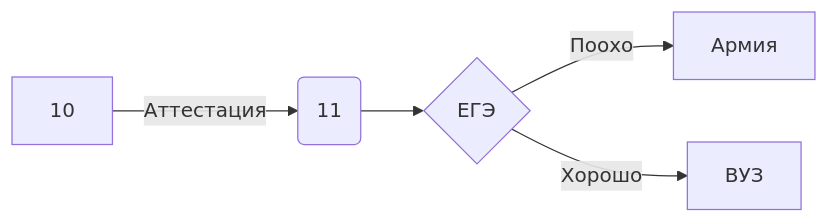
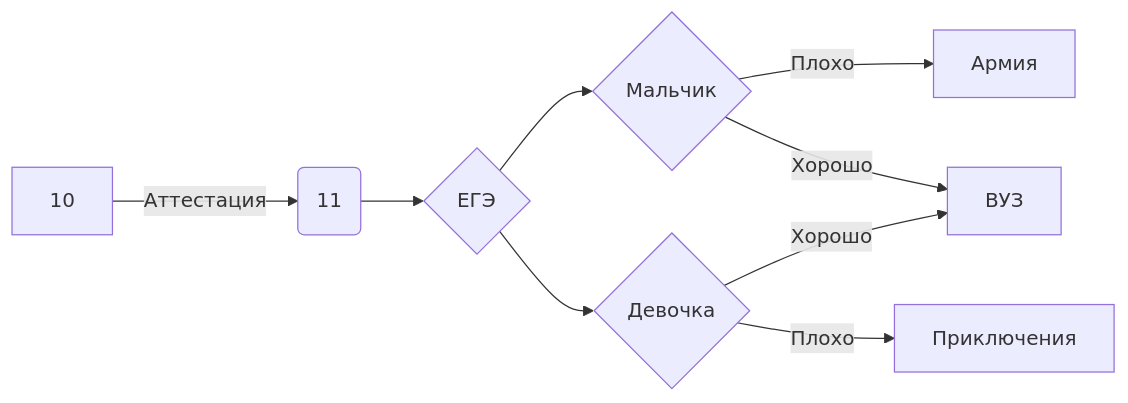
One commit to lictpu/help changed the diagram in README.md. Above: the diagram before and after it, drawn with Mermaid.

````diff
--- a/README.md
+++ b/README.md
@@ -18,8 +18,13 @@
 ```mermaid
 flowchart LR
 
 A[10] -->|Аттестация| B(11)
 B --> C{ЕГЭ}
-C -->|Поохо| D[Армия]
-C -->|Хорошо| E[ВУЗ]
+C -->D{Мальчик}
+C -->E{Девочка}
+D -->|Плохо|F[Армия]
+D -->|Хорошо|G[ВУЗ]
+E -->|Хорошо|G[ВУЗ]
+E -->|Плохо|I[Приключения]
+
 ```
````
